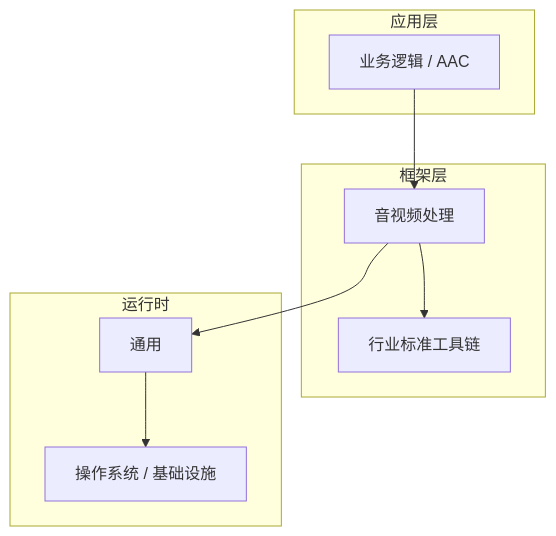
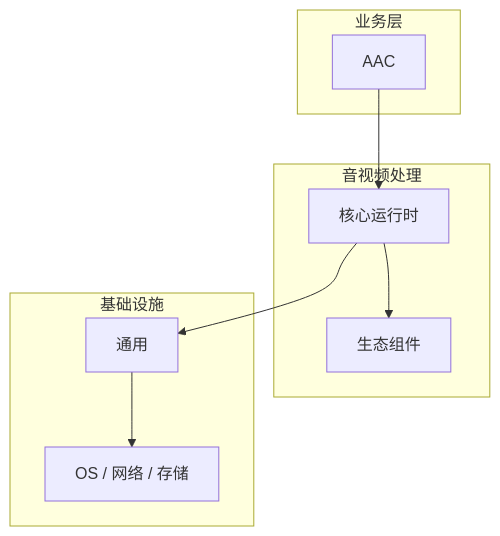
One commit to yanggan2015/knowledge-json-v2 changed the diagram in articles/音视频处理/chapters/031-AAC核心概念与原理.md. Above: the diagram before and after it, drawn with Mermaid. The commit also changed other lines of this file and 10127 other files, not shown here.

````diff
--- a/articles/音视频处理/chapters/031-AAC核心概念与原理.md
+++ b/articles/音视频处理/chapters/031-AAC核心概念与原理.md
@@ -45,18 +30,18 @@
 ```mermaid
 graph TB
-    subgraph 应用层
-        A[业务逻辑 / AAC]
+    subgraph 业务层
+        A[AAC]
     end
-    subgraph 框架层
-        B[音视频处理]
-        C[行业标准工具链]
+    subgraph 音视频处理
+        B[核心运行时]
+        C[生态组件]
     end
-    subgraph 运行时
+    subgraph 基础设施
         D[通用]
-        E[操作系统 / 基础设施]
+        E[OS / 网络 / 存储]
     end
     A --> B
     B --> C
     B --> D
     D --> E
 ```
````
